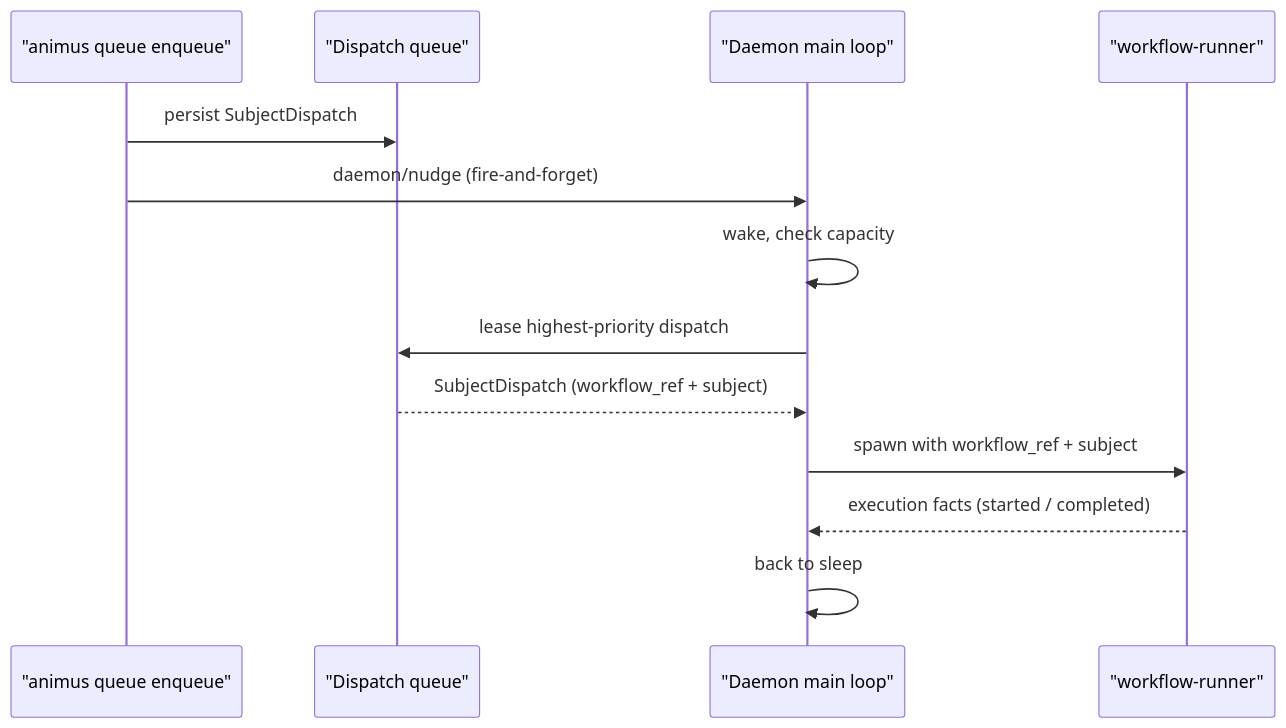
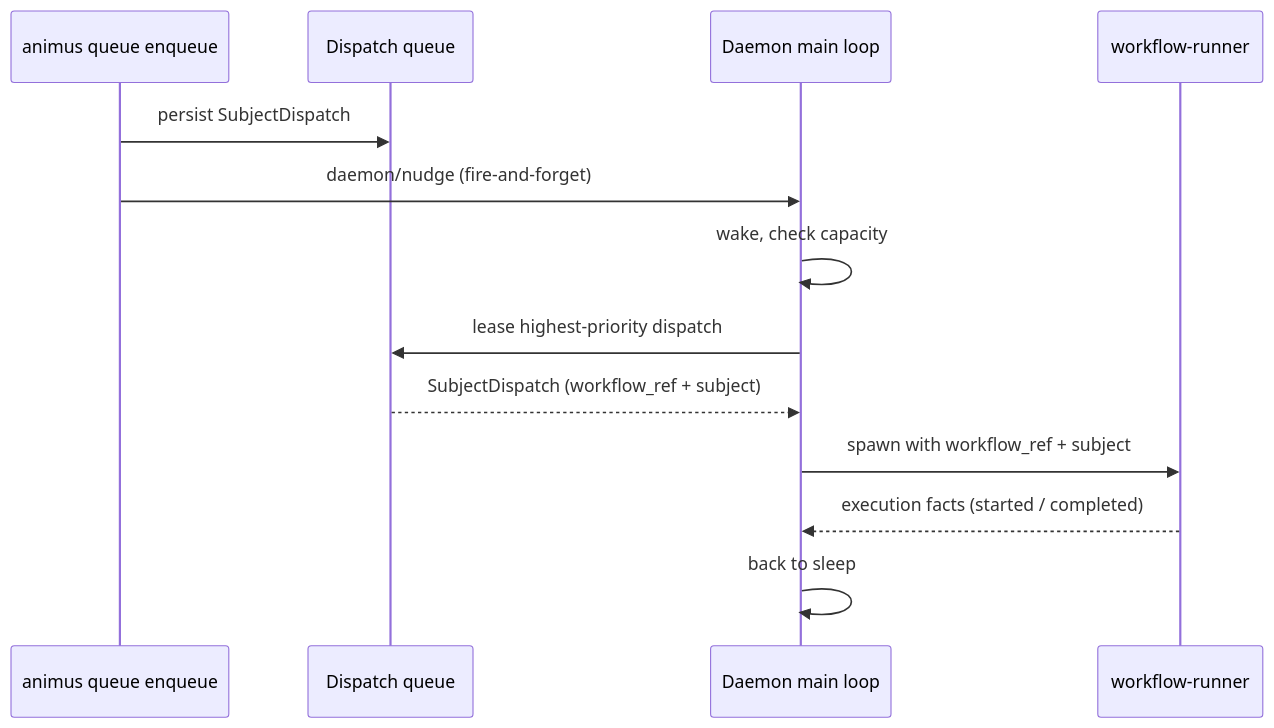
The third of 4 diagrams in docs/concepts/daemon.md (launchapp-dev/animus-cli), drawn with Mermaid before and after one commit. The commit also changed 9 other files, not shown here.

First line of the commit message:
docs: ELK layout, light/dark mermaid, fix clipped labels

````diff
--- a/docs/concepts/daemon.md
+++ b/docs/concepts/daemon.md
@@ -77,16 +77,16 @@
 ```mermaid
 sequenceDiagram
-    participant CLI as "animus queue enqueue"
-    participant Q as "Dispatch queue"
-    participant D as "Daemon main loop"
-    participant R as "workflow-runner"
+    participant CLI as animus queue enqueue
+    participant Q as Dispatch queue
+    participant D as Daemon main loop
+    participant R as workflow-runner
 
     CLI->>Q: persist SubjectDispatch
     CLI->>D: daemon/nudge (fire-and-forget)
     D->>D: wake, check capacity
     D->>Q: lease highest-priority dispatch
     Q-->>D: SubjectDispatch (workflow_ref + subject)
     D->>R: spawn with workflow_ref + subject
     R-->>D: execution facts (started / completed)
     D->>D: back to sleep
 ```
````
